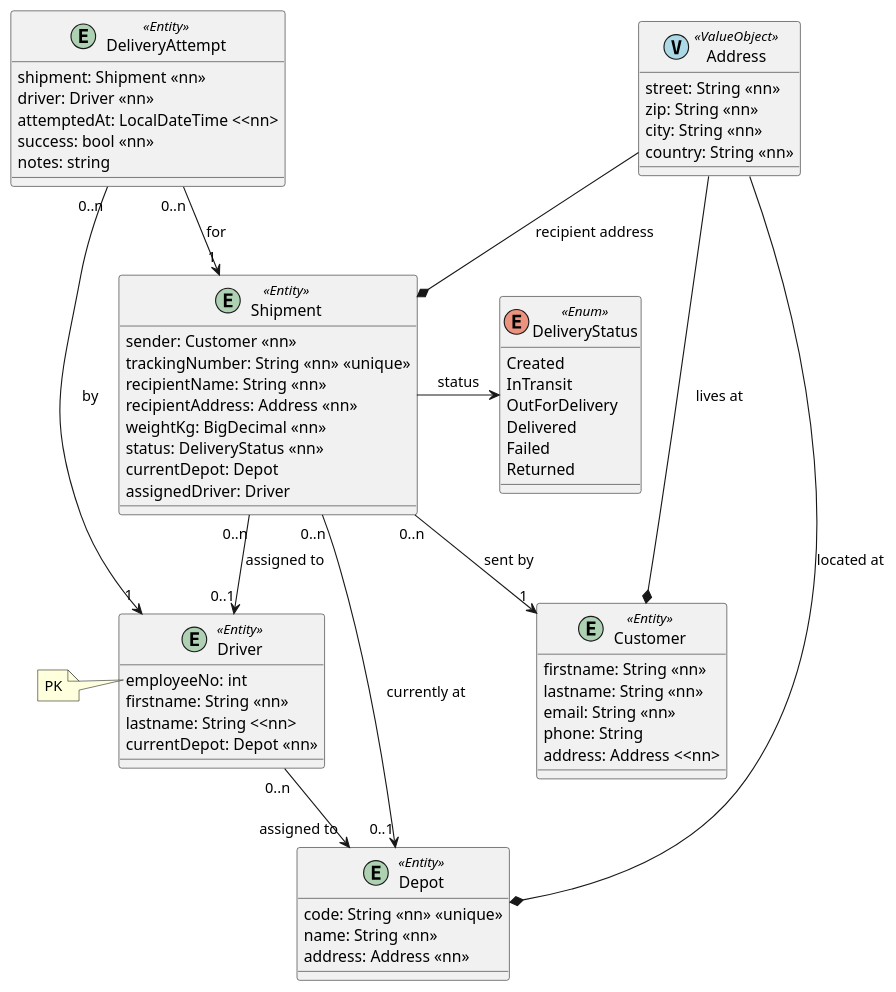
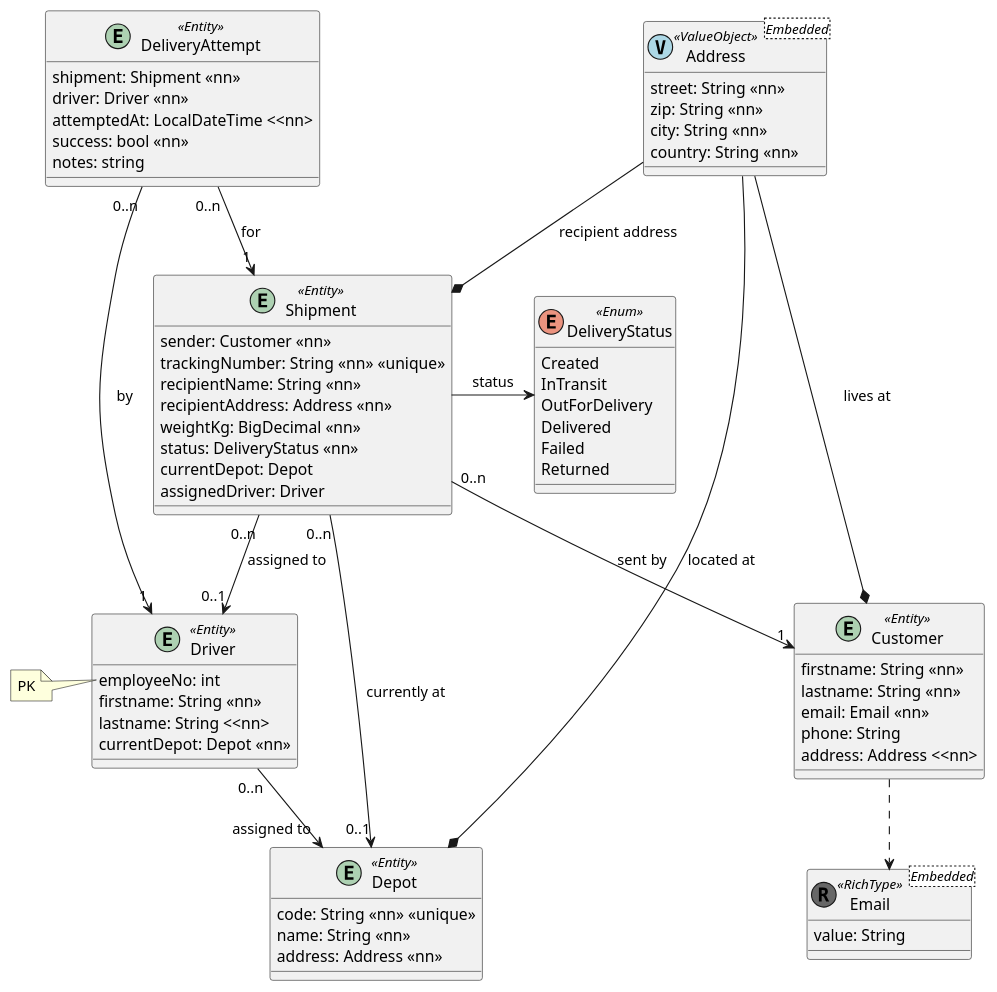
Before and after one commit to TheRealCheeseLord/pos-matura-example: the diagram in domain/src/main/resources/puml/domain.puml, drawn with PlantUML. The commit also changed 9 other files, not shown here.

Commit message:
Implemented domain Customer/Repository, Address & Email & Tests

```diff
--- a/domain/src/main/resources/puml/domain.puml
+++ b/domain/src/main/resources/puml/domain.puml
@@ -1,81 +1,86 @@
 @startuml
 
 ' Objects
 
-class Address<< (V,#ADD8E6) ValueObject>> {
+class Address<Embedded><< (V,#ADD8E6) ValueObject >> {
     street: String <<nn>>
     zip: String <<nn>>
     city: String <<nn>>
     country: String <<nn>>
 }
 
+class Email<Embedded><< (R, #676767) RichType >> {
+    value: String
+}
+
 entity Customer<<Entity>> {
     firstname: String <<nn>>
     lastname: String <<nn>>
-    email: String <<nn>>
+    email: Email <<nn>>
     phone: String
     address: Address <<nn>
 }
 
 entity Depot<<Entity>> {
     code: String <<nn>> <<unique>>
     name: String <<nn>>
     address: Address <<nn>>
 }
 
 entity Driver<<Entity>> {
     employeeNo: int
     firstname: String <<nn>>
     lastname: String <<nn>
     currentDepot: Depot <<nn>>
 }
 note left of Driver::employeeNo
 PK
 end note
 
 enum DeliveryStatus<<Enum>> {
     Created
     InTransit
     OutForDelivery
     Delivered
     Failed
     Returned
 }
 
 entity Shipment<<Entity>> {
     sender: Customer <<nn>>
     trackingNumber: String <<nn>> <<unique>>
     recipientName: String <<nn>>
     recipientAddress: Address <<nn>>
     weightKg: BigDecimal <<nn>>
     status: DeliveryStatus <<nn>>
     currentDepot: Depot
     assignedDriver: Driver
 }
 
 entity DeliveryAttempt<<Entity>> {
     shipment: Shipment <<nn>>
     driver: Driver <<nn>>
     attemptedAt: LocalDateTime <<nn>
     success: bool <<nn>>
     notes: string
 }
 
 ' Relations
 
 Customer *-- Address : lives at
+Customer -[dashed]-> Email
 
 Depot *-- Address : located at
 
 Driver "0..n" --> "assigned to" Depot
 
 Shipment *-up- Address : "recipient address"
 Shipment "0..n" --> "1" Customer : sent by
 Shipment "0..n" --> "0..1" Depot : currently at
 Shipment "0..n" --> "0..1" Driver : assigned to
 Shipment -right-> DeliveryStatus : status
 
 DeliveryAttempt "0..n" --> "1" Shipment : for
 DeliveryAttempt "0..n" ---> "1" Driver : by
 
 @enduml
```
